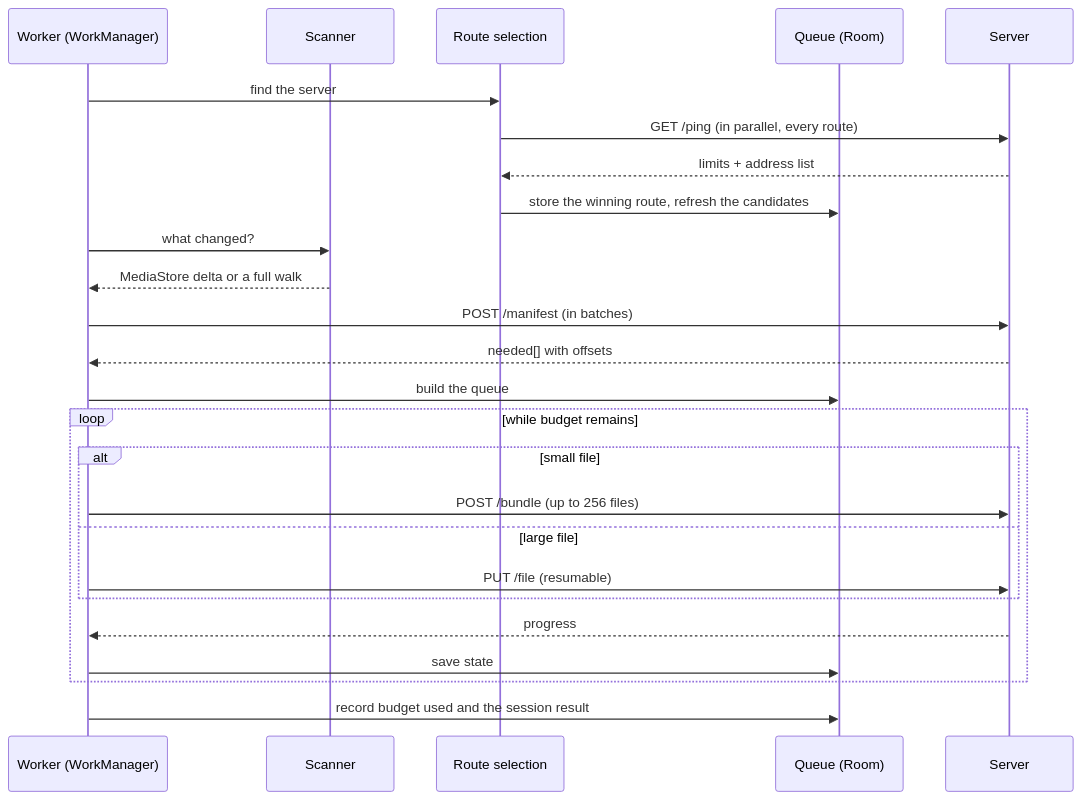
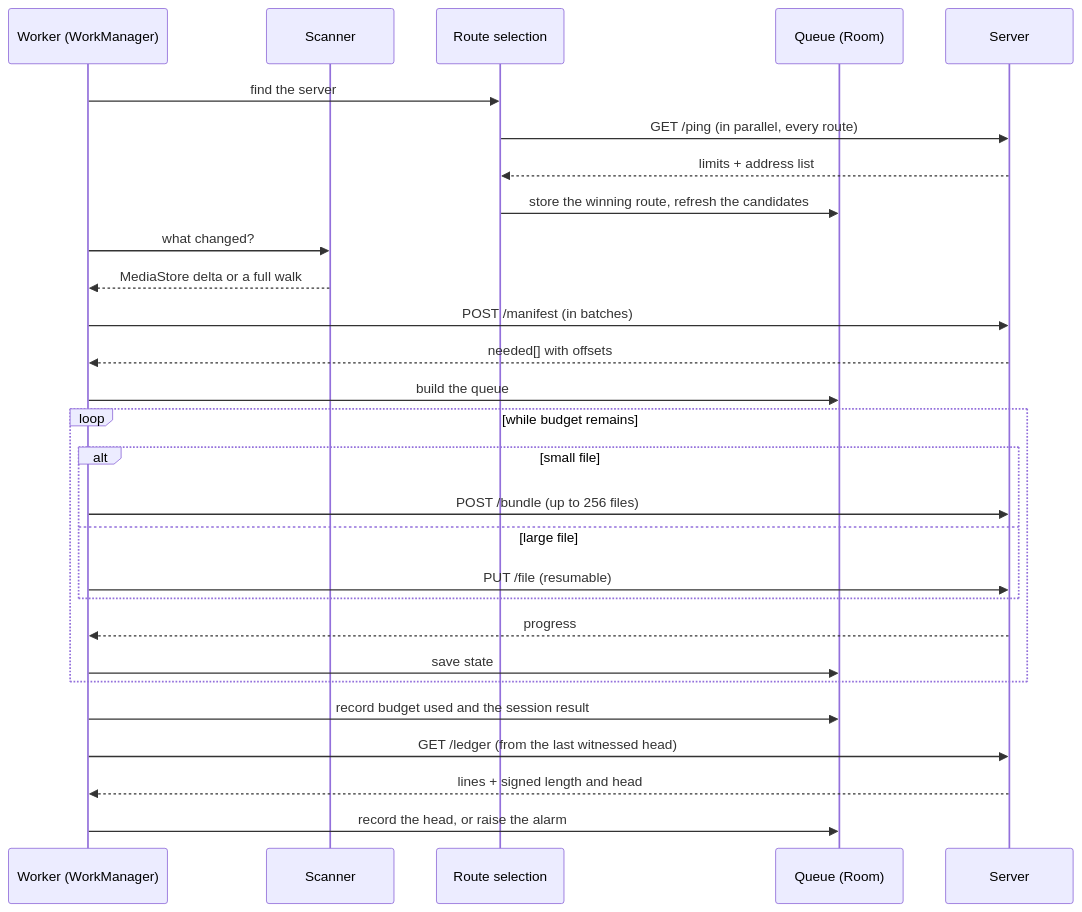
The diagram in docs/ARCHITECTURE.md (Gusiu/Filum), drawn with Mermaid before and after one commit. The commit also changed other lines of this file and 11 other files, not shown here.

````diff
--- a/docs/ARCHITECTURE.md
+++ b/docs/ARCHITECTURE.md
@@ -197,32 +197,36 @@
 ```mermaid
 sequenceDiagram
     participant W as Worker (WorkManager)
     participant S as Scanner
     participant N as Route selection
     participant Q as Queue (Room)
     participant Srv as Server
 
     W->>N: find the server
     N->>Srv: GET /ping (in parallel, every route)
     Srv-->>N: limits + address list
     N->>Q: store the winning route, refresh the candidates
 
     W->>S: what changed?
     S-->>W: MediaStore delta or a full walk
 
     W->>Srv: POST /manifest (in batches)
     Srv-->>W: needed[] with offsets
     W->>Q: build the queue
 
     loop while budget remains
         alt small file
             W->>Srv: POST /bundle (up to 256 files)
         else large file
             W->>Srv: PUT /file (resumable)
         end
         Srv-->>W: progress
         W->>Q: save state
     end
 
     W->>Q: record budget used and the session result
+
+    W->>Srv: GET /ledger (from the last witnessed head)
+    Srv-->>W: lines + signed length and head
+    W->>Q: record the head, or raise the alarm
 ```
````
